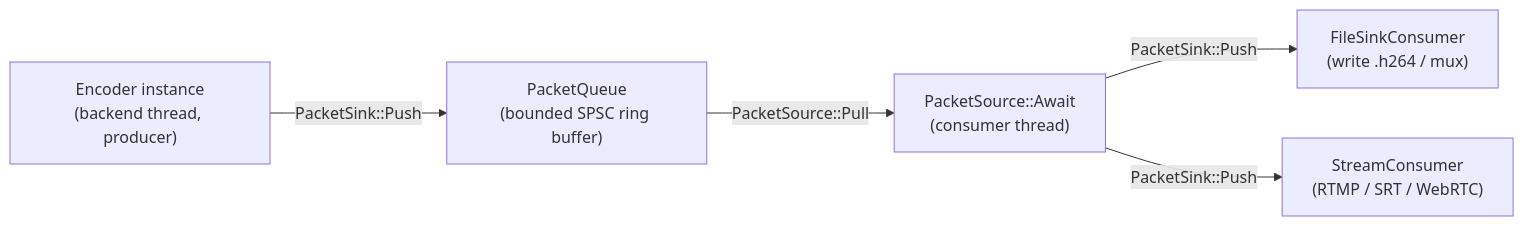
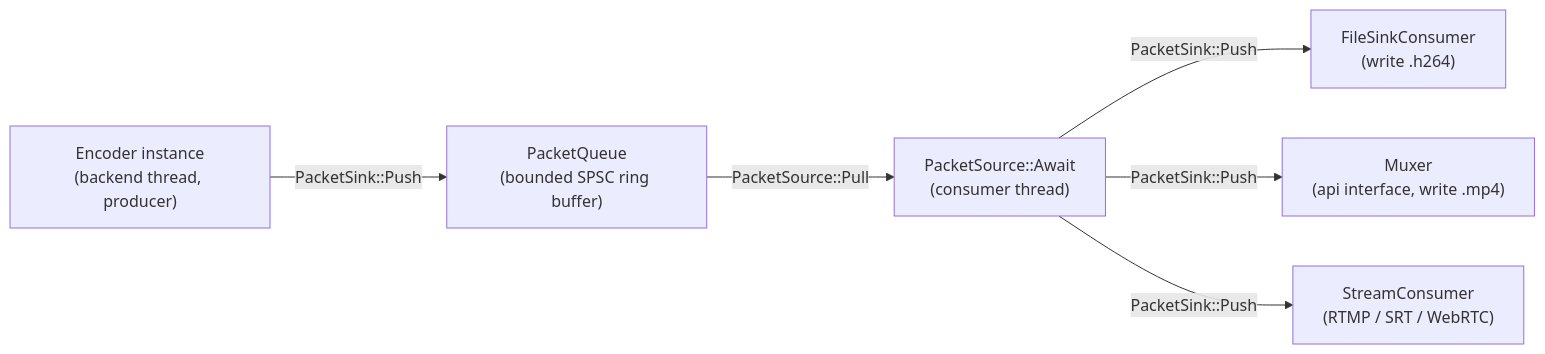
The first of 2 diagrams in codec/doc/architecture/output-queue.md (oxsource/video_codec), drawn with Mermaid before and after one commit. The commit also changed other lines of this file and 4 other files, not shown here.

````diff
--- a/codec/doc/architecture/output-queue.md
+++ b/codec/doc/architecture/output-queue.md
@@ -10,13 +10,15 @@
 ```mermaid
 flowchart LR
     ENC["Encoder instance<br/>(backend thread, producer)"]
     Q["PacketQueue<br/>(bounded SPSC ring buffer)"]
     AW["PacketSource::Await<br/>(consumer thread)"]
-    FC["FileSinkConsumer<br/>(write .h264 / mux)"]
+    FC["FileSinkConsumer<br/>(write .h264)"]
+    MX["Muxer<br/>(api interface, write .mp4)"]
     SC["StreamConsumer<br/>(RTMP / SRT / WebRTC)"]
 
     ENC -->|PacketSink::Push| Q
     Q -->|PacketSource::Pull| AW
     AW -->|PacketSink::Push| FC
+    AW -->|PacketSink::Push| MX
     AW -->|PacketSink::Push| SC
 ```
````
